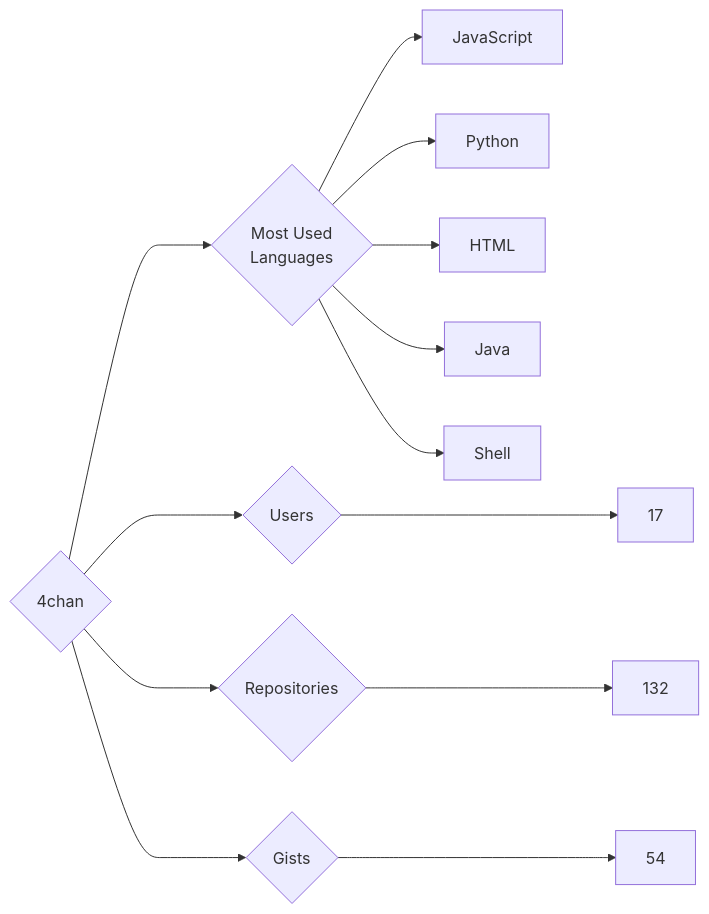
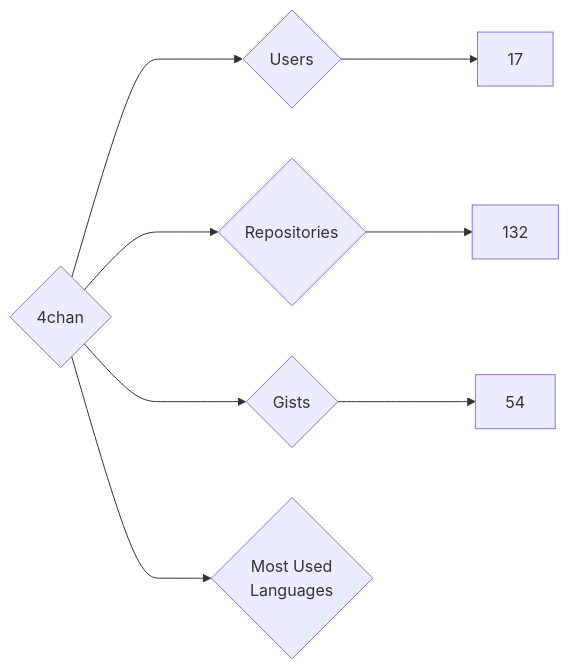
One commit to nenadzaric/insiders changed the diagram in targets/4chan/README.md. Above: the diagram before and after it, drawn with Mermaid. The commit also changed 14 other files, not shown here.

````diff
--- a/targets/4chan/README.md
+++ b/targets/4chan/README.md
@@ -3,13 +3,8 @@
 ```mermaid
 graph LR
 COMPANY_NAME{4chan}
 COMPANY_NAME ---> U{Users} ---> UN[17]
 COMPANY_NAME ---> R{Repositories} ---> RN[132]
 COMPANY_NAME ---> G{Gists} ---> GN[54]
 COMPANY_NAME ---> ML{Most Used<br>Languages}
-ML --> JavaScript[JavaScript]
-ML --> Python[Python]
-ML --> HTML[HTML]
-ML --> Java[Java]
-ML --> Shell[Shell]
 ```
````
